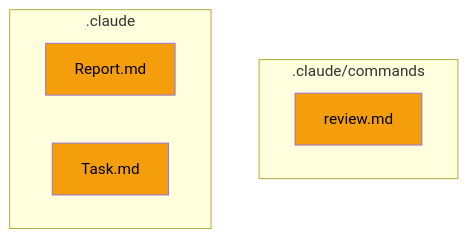
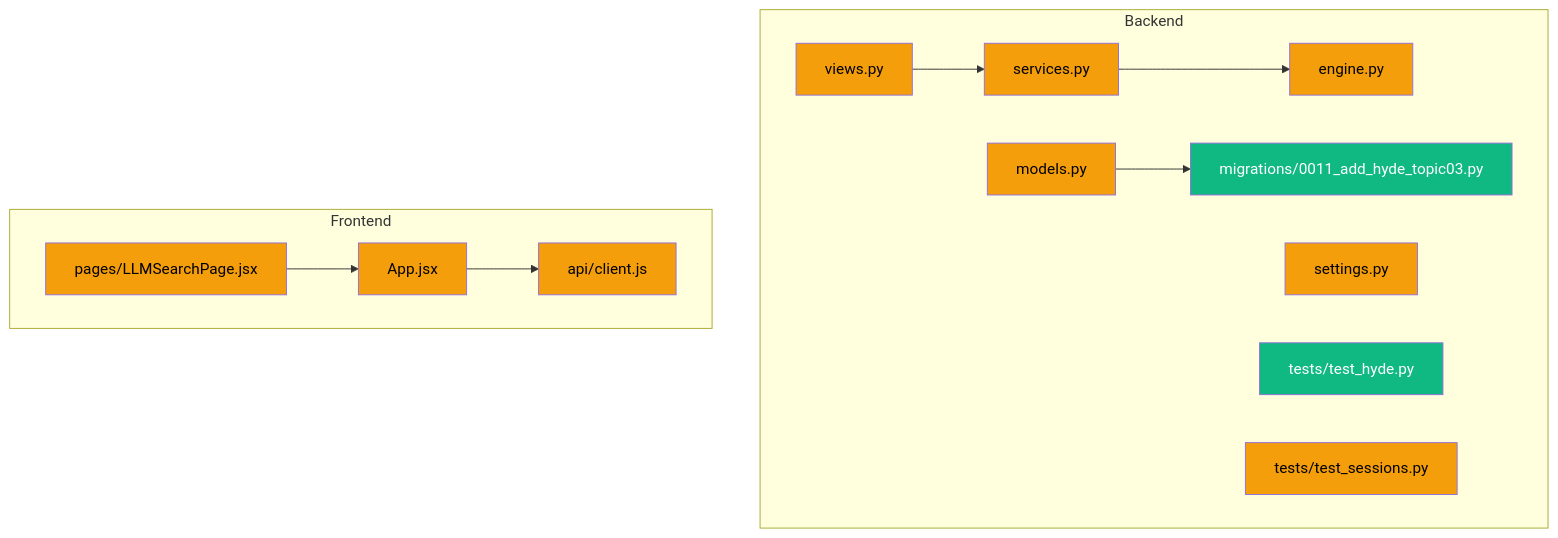
One commit to hongikarchi/archi-tinder changed the fourth of 4 diagrams in .claude/Report.md. Above: the diagram before and after it, drawn with Mermaid. The commit also changed other lines of this file, not shown here.

````diff
--- a/.claude/Report.md
+++ b/.claude/Report.md
@@ -202,14 +210,27 @@
 ```mermaid
 graph TD
-    subgraph Commands[".claude/commands"]
-        review_md["review.md"]:::modified
+    subgraph Backend
+        services_py["services.py"]:::modified
+        engine_py["engine.py"]:::modified
+        views_py["views.py"]:::modified
+        models_py["models.py"]:::modified
+        settings_py["settings.py"]:::modified
+        migration_0011["migrations/0011_add_hyde_topic03.py"]:::new
+        test_hyde["tests/test_hyde.py"]:::new
+        test_sessions["tests/test_sessions.py"]:::modified
     end
-    subgraph Docs[".claude"]
-        Report_md["Report.md"]:::modified
-        Task_md["Task.md"]:::modified
+    subgraph Frontend
+        client_js["api/client.js"]:::modified
+        LLMSearchPage["pages/LLMSearchPage.jsx"]:::modified
+        App_jsx["App.jsx"]:::modified
     end
+    views_py --> services_py
+    services_py --> engine_py
+    models_py --> migration_0011
+    LLMSearchPage --> App_jsx
+    App_jsx --> client_js
 
     classDef new fill:#10b981,color:#fff
     classDef modified fill:#f59e0b,color:#000
     classDef deleted fill:#ef4444,color:#fff
 ```
````
